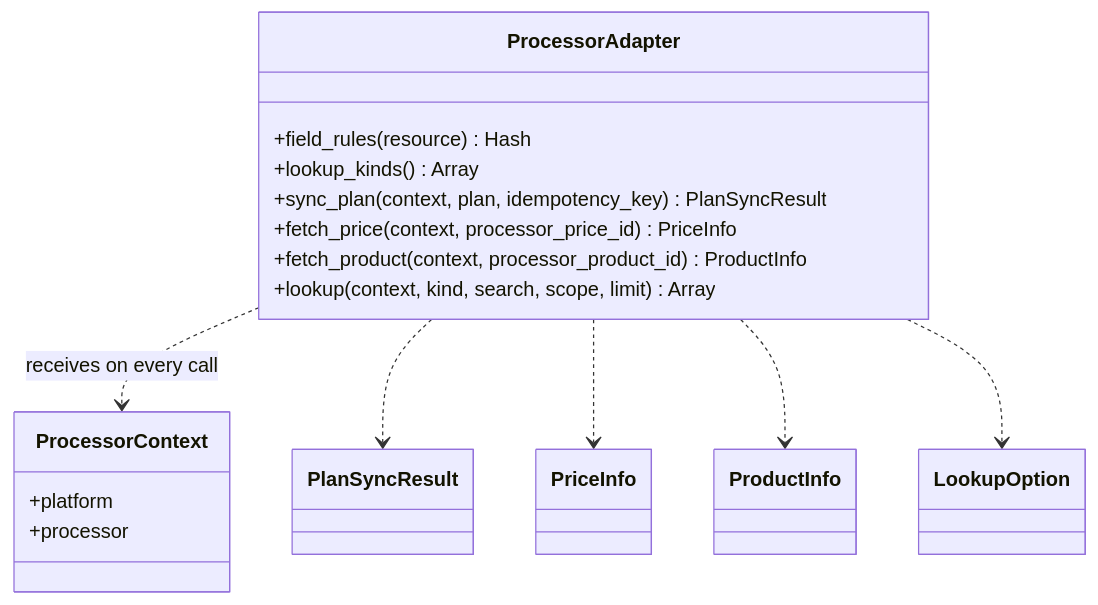
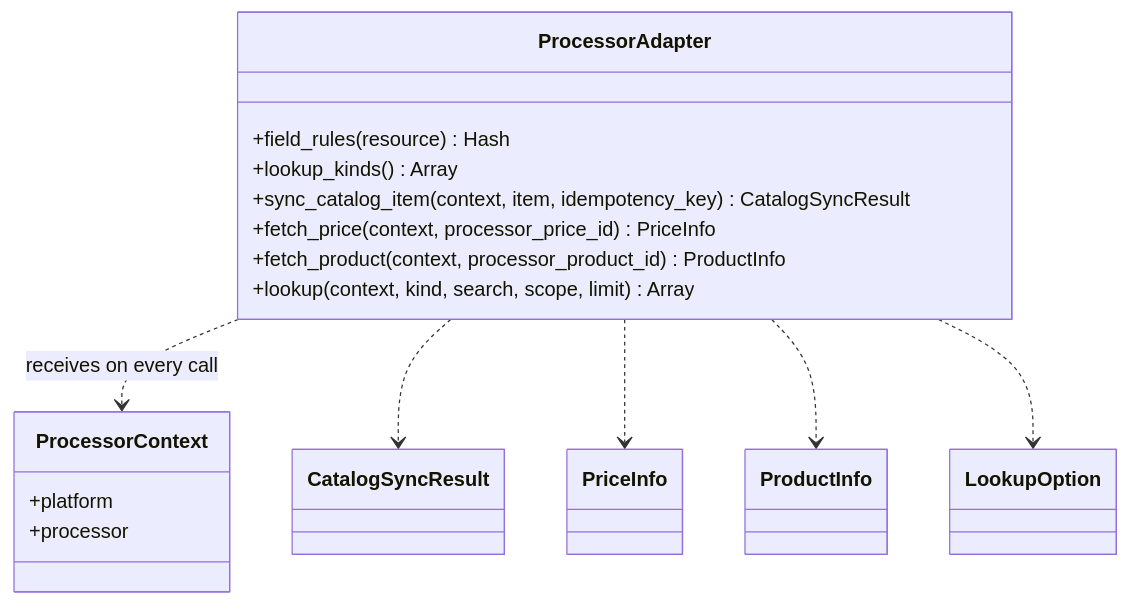
One commit to better-together-org/community-engine-rails changed the second of 2 diagrams in docs/billing/plan_catalog.md. Above: the diagram before and after it, drawn with Mermaid. The commit also changed other lines of this file and 44 other files, not shown here.

````diff
--- a/docs/billing/plan_catalog.md
+++ b/docs/billing/plan_catalog.md
@@ -142,20 +142,20 @@
 ```mermaid
 classDiagram
   class ProcessorAdapter {
     +field_rules(resource) Hash
     +lookup_kinds() Array
-    +sync_plan(context, plan, idempotency_key) PlanSyncResult
+    +sync_catalog_item(context, item, idempotency_key) CatalogSyncResult
     +fetch_price(context, processor_price_id) PriceInfo
     +fetch_product(context, processor_product_id) ProductInfo
     +lookup(context, kind, search, scope, limit) Array
   }
   class ProcessorContext {
     +platform
     +processor
   }
   ProcessorAdapter ..> ProcessorContext : receives on every call
-  ProcessorAdapter ..> PlanSyncResult
+  ProcessorAdapter ..> CatalogSyncResult
   ProcessorAdapter ..> PriceInfo
   ProcessorAdapter ..> ProductInfo
   ProcessorAdapter ..> LookupOption
 ```
````
